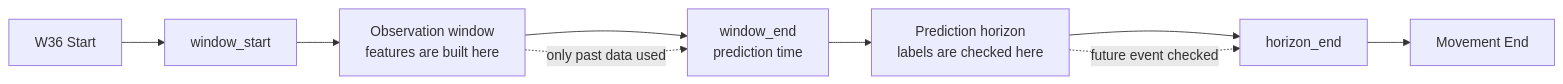
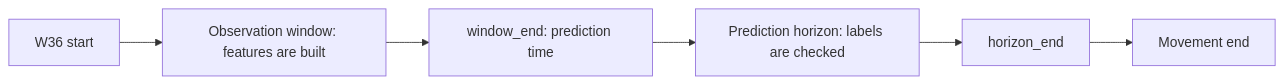
The second of 3 diagrams in README.md (azusahanabi/CGH-Project-Early-Deterioration-Prediction-Dataset-creation), drawn with Mermaid before and after one commit. The commit also changed other lines of this file, not shown here.

````diff
--- a/README.md
+++ b/README.md
@@ -422,12 +411,8 @@
 ```mermaid
 flowchart LR
-    A[W36 Start] --> B[window_start]
-    B --> C[Observation window<br/>features are built here]
-    C --> D[window_end<br/>prediction time]
-    D --> E[Prediction horizon<br/>labels are checked here]
-    E --> F[horizon_end]
-    F --> G[Movement End]
-
-    C -. only past data used .-> D
-    E -. future event checked .-> F
+    A["W36 start"] --> B["Observation window: features are built"]
+    B --> C["window_end: prediction time"]
+    C --> D["Prediction horizon: labels are checked"]
+    D --> E["horizon_end"]
+    E --> F["Movement end"]
 ```
````
